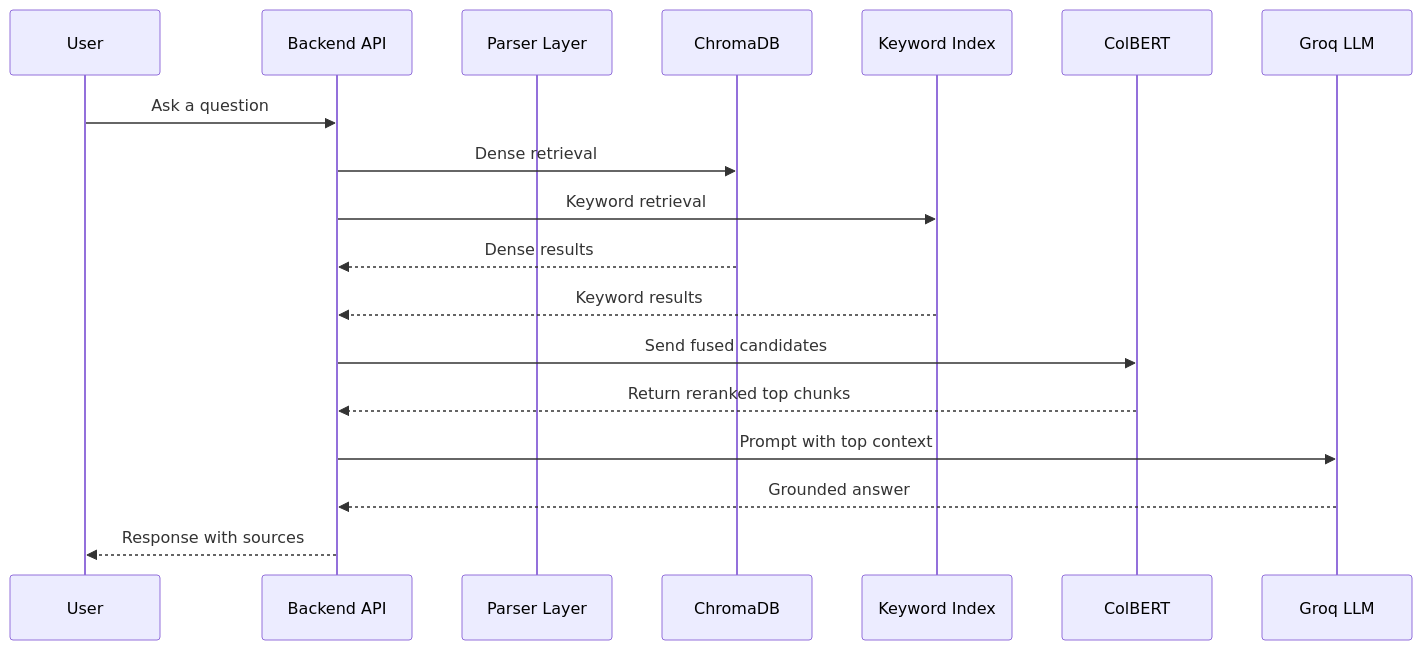
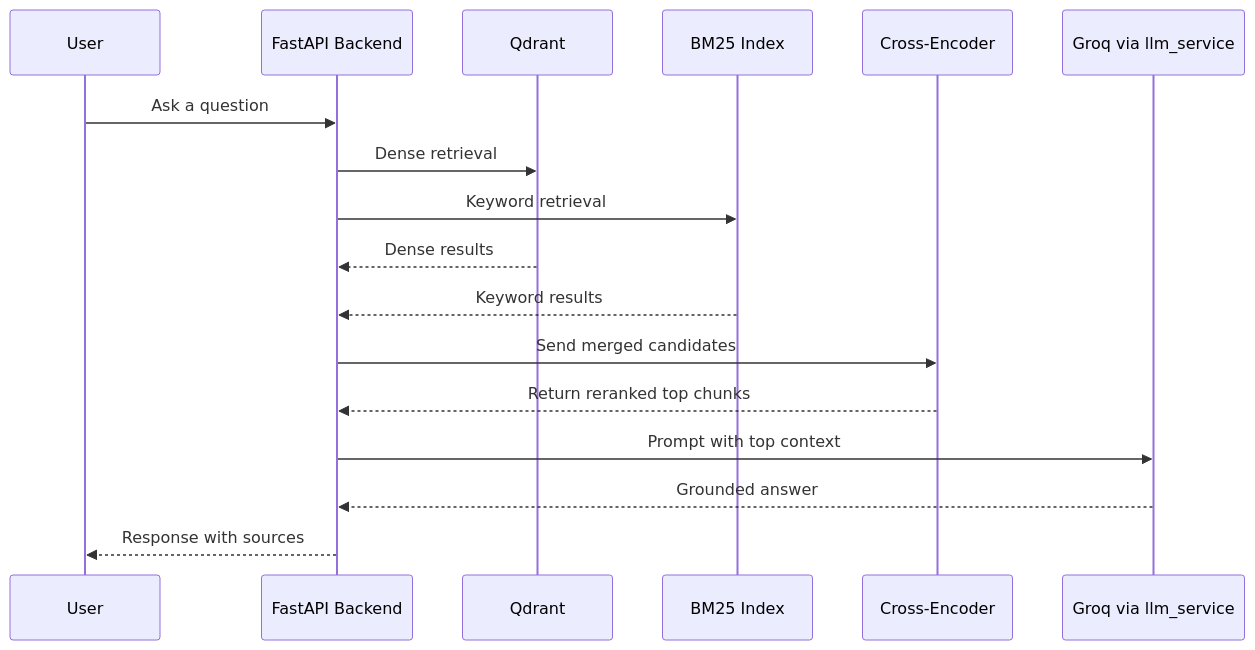
Before and after one commit to madushanl/madushanl.github.io: diagram 14 of 15 in _posts/2026-03-25-building-a-rag-chatbot-how-to-choose-each-component-and-why.markdown, drawn with Mermaid. The commit also changed other lines of this file, not shown here.

Commit message:
Refine RAG chatbot article to reflect updated architecture and component choices, emphasizing a cloud-first design. Adjusted terminology for clarity and improved the ingestion and query-time answering sections.

````diff
--- a/_posts/2026-03-25-building-a-rag-chatbot-how-to-choose-each-component-and-why.markdown
+++ b/_posts/2026-03-25-building-a-rag-chatbot-how-to-choose-each-component-and-why.markdown
@@ -459,21 +459,20 @@
 ```mermaid
 sequenceDiagram
     participant U as User
-    participant API as Backend API
-    participant P as Parser Layer
-    participant V as ChromaDB
-    participant K as Keyword Index
-    participant R as ColBERT
-    participant L as Groq LLM
+    participant API as FastAPI Backend
+    participant V as Qdrant
+    participant K as BM25 Index
+    participant R as Cross-Encoder
+    participant L as Groq via llm_service
 
     U->>API: Ask a question
     API->>V: Dense retrieval
     API->>K: Keyword retrieval
     V-->>API: Dense results
     K-->>API: Keyword results
-    API->>R: Send fused candidates
+    API->>R: Send merged candidates
     R-->>API: Return reranked top chunks
     API->>L: Prompt with top context
     L-->>API: Grounded answer
     API-->>U: Response with sources
 ```
````
